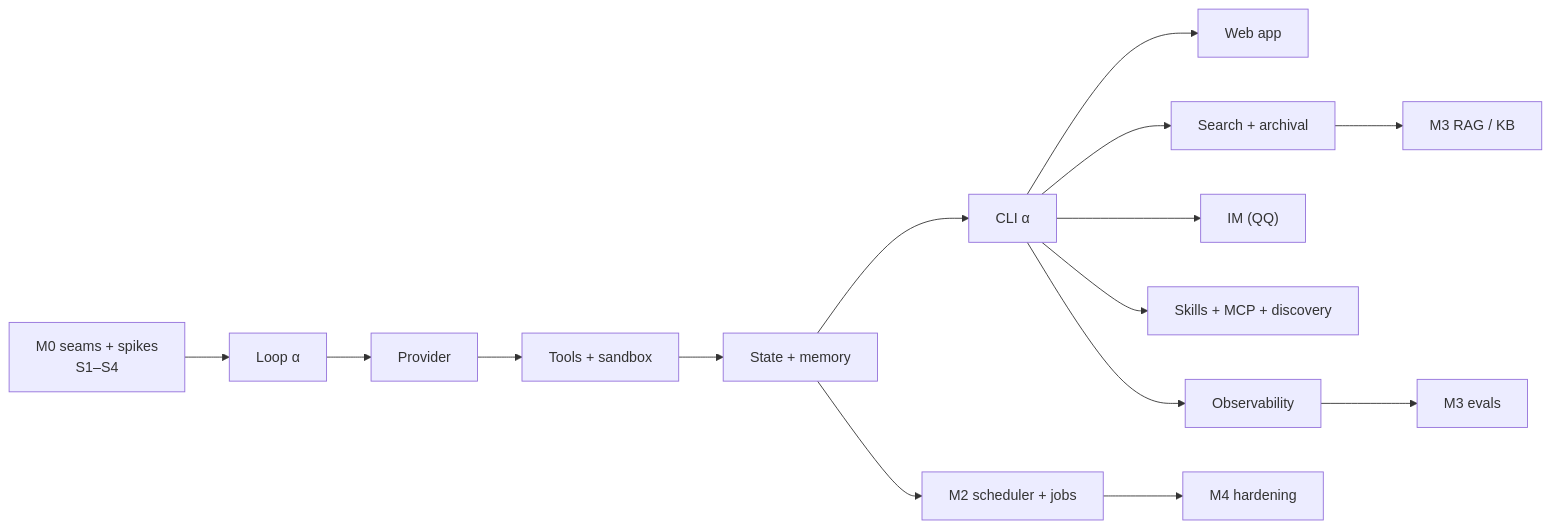
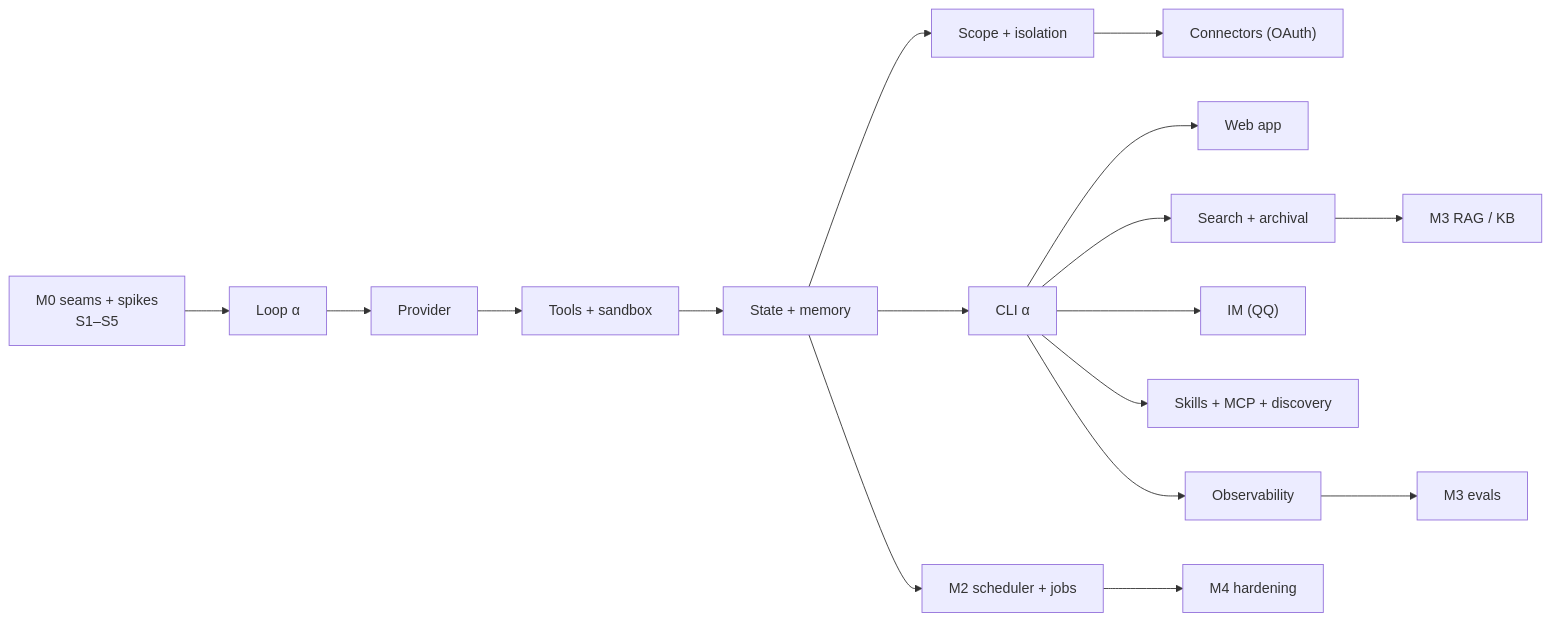
Before and after one commit to seudazhong/keel: the diagram in docs/IMPLEMENTATION-PLAN.md, drawn with Mermaid. The commit also changed other lines of this file and 2 other files, not shown here.

First line of the commit message:
docs: review-converge the ADR-0009 pivot (isolation invariant + §3A addendum)

````diff
--- a/docs/IMPLEMENTATION-PLAN.md
+++ b/docs/IMPLEMENTATION-PLAN.md
@@ -84,17 +87,19 @@
 ```mermaid
 flowchart LR
-    seams["M0 seams + spikes<br/>S1–S4"] --> loop["Loop α"]
+    seams["M0 seams + spikes<br/>S1–S5"] --> loop["Loop α"]
     loop --> prov["Provider"]
     prov --> tools["Tools + sandbox"]
     tools --> state["State + memory"]
     state --> cli["CLI α"]
+    state --> scope["Scope + isolation"]
+    scope --> conn["Connectors (OAuth)"]
     cli --> web["Web app"]
     cli --> search["Search + archival"]
     cli --> im["IM (QQ)"]
     cli --> ext["Skills + MCP + discovery"]
     cli --> obs["Observability"]
     state --> sched["M2 scheduler + jobs"]
     search --> rag["M3 RAG / KB"]
     obs --> evals["M3 evals"]
     sched --> harden["M4 hardening"]
 ```
````
